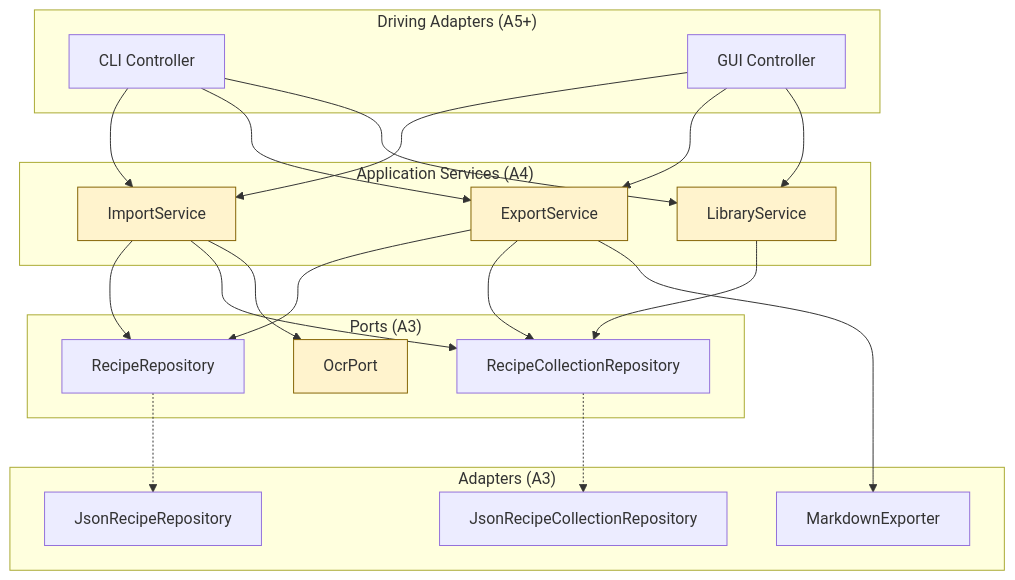
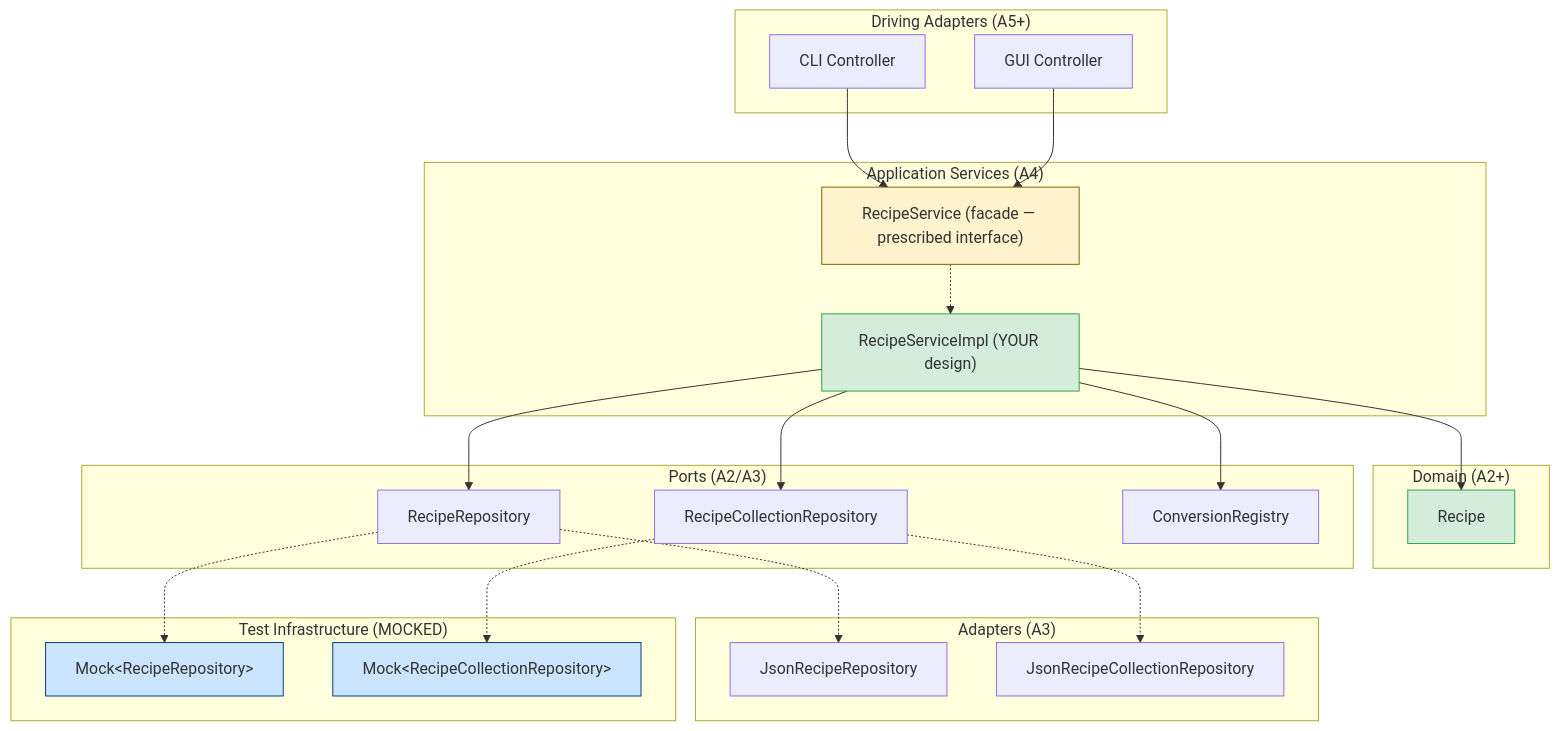
Before and after one commit to neu-pdi/cs3100-public-resources: the diagram in assignments/cyb4-testing.md, drawn with Mermaid. The commit also changed other lines of this file and 3 other files, not shown here.

````diff
--- a/assignments/cyb4-testing.md
+++ b/assignments/cyb4-testing.md
@@ -55,48 +117,52 @@
 ```mermaid
 flowchart TB
     subgraph "Driving Adapters (A5+)"
         CLI[CLI Controller]
         GUI[GUI Controller]
     end
-    
+
     subgraph "Application Services (A4)"
-        IS[ImportService]
-        ES[ExportService]
-        LS[LibraryService]
+        RS["RecipeService (facade — prescribed interface)"]
+        RSI["RecipeServiceImpl (YOUR design)"]
     end
-    
-    subgraph "Ports (A3)"
+
+    subgraph "Domain (A2+)"
+        R[Recipe]
+    end
+
+    subgraph "Ports (A2/A3)"
         RR[RecipeRepository]
         RCR[RecipeCollectionRepository]
-        OCR[OcrPort]
+        CR[ConversionRegistry]
     end
-    
+
     subgraph "Adapters (A3)"
         JRR[JsonRecipeRepository]
         JRCR[JsonRecipeCollectionRepository]
-        ME[MarkdownExporter]
     end
-    
-    CLI --> IS
-    CLI --> ES
-    CLI --> LS
-    GUI --> IS
-    GUI --> ES
-    GUI --> LS
-    
-    IS --> RR
-    IS --> RCR
-    IS --> OCR
-    ES --> RR
-    ES --> RCR
-    ES --> ME
-    LS --> RCR
-    
+
+    subgraph "Test Infrastructure (MOCKED)"
+        MRR["Mock&lt;RecipeRepository&gt;"]
+        MRCR["Mock&lt;RecipeCollectionRepository&gt;"]
+    end
+
+    CLI --> RS
+    GUI --> RS
+    RS -.-> RSI
+
+    RSI --> RR
+    RSI --> RCR
+    RSI --> CR
+    RSI --> R
+
     RR -.-> JRR
+    RR -.-> MRR
     RCR -.-> JRCR
-    
-    style IS fill:#fff3cd,stroke:#856404
-    style ES fill:#fff3cd,stroke:#856404
-    style LS fill:#fff3cd,stroke:#856404
-    style OCR fill:#fff3cd,stroke:#856404
+    RCR -.-> MRCR
+
+    style RS fill:#fff3cd,stroke:#856404
+    style RSI fill:#d4edda,stroke:#28a745
+    style R fill:#d4edda,stroke:#28a745
+    style MRR fill:#cce5ff,stroke:#004085
+    style MRCR fill:#cce5ff,stroke:#004085
 ```
````
